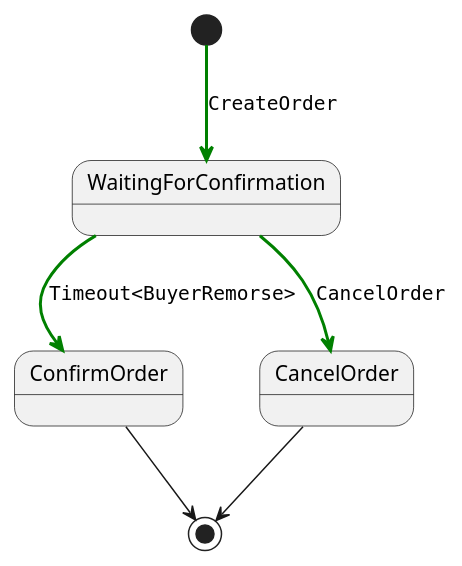
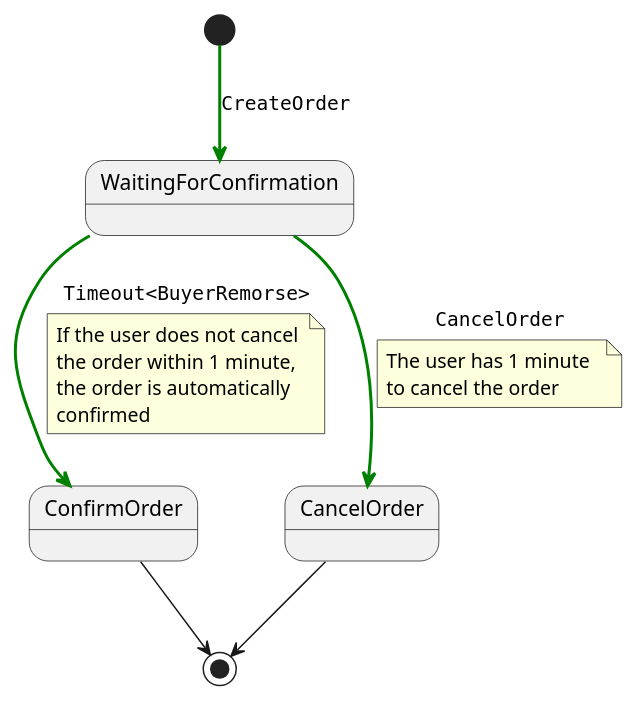
One commit to rioka/NsbSagaPlayground changed the second of 2 diagrams in README.md. Above: the diagram before and after it, drawn with PlantUML. The commit also changed other lines of this file, not shown here.

````diff
--- a/README.md
+++ b/README.md
@@ -18,11 +28,24 @@
 ```plantuml
 [*] -[#green,bold]-> WaitingForConfirmation : ""CreateOrder""
 ' WaitingForConfirmation --> WaitingForConfirmation : ""Timeout<BuyerRemorse>""
 
 WaitingForConfirmation -[#green,bold]-> ConfirmOrder : ""Timeout<BuyerRemorse>""
 
+note on link
+  If the user does not cancel 
+  the order within 1 minute, 
+  the order is automatically 
+  confirmed
+end note
+
 WaitingForConfirmation -[#green,bold]-> CancelOrder : ""CancelOrder""
+
+note on link
+  The user has 1 minute  
+  to cancel the order
+end note
+
 
 ConfirmOrder --> [*]
 CancelOrder --> [*]
 ```
````
